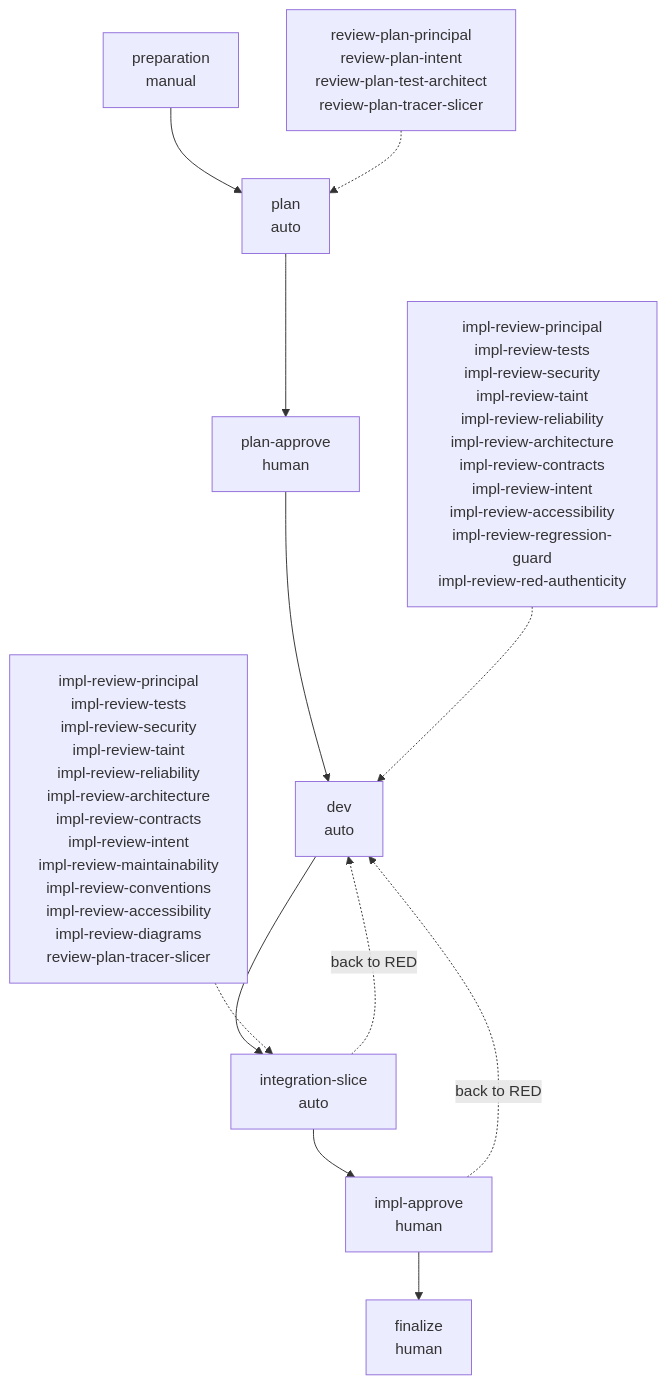
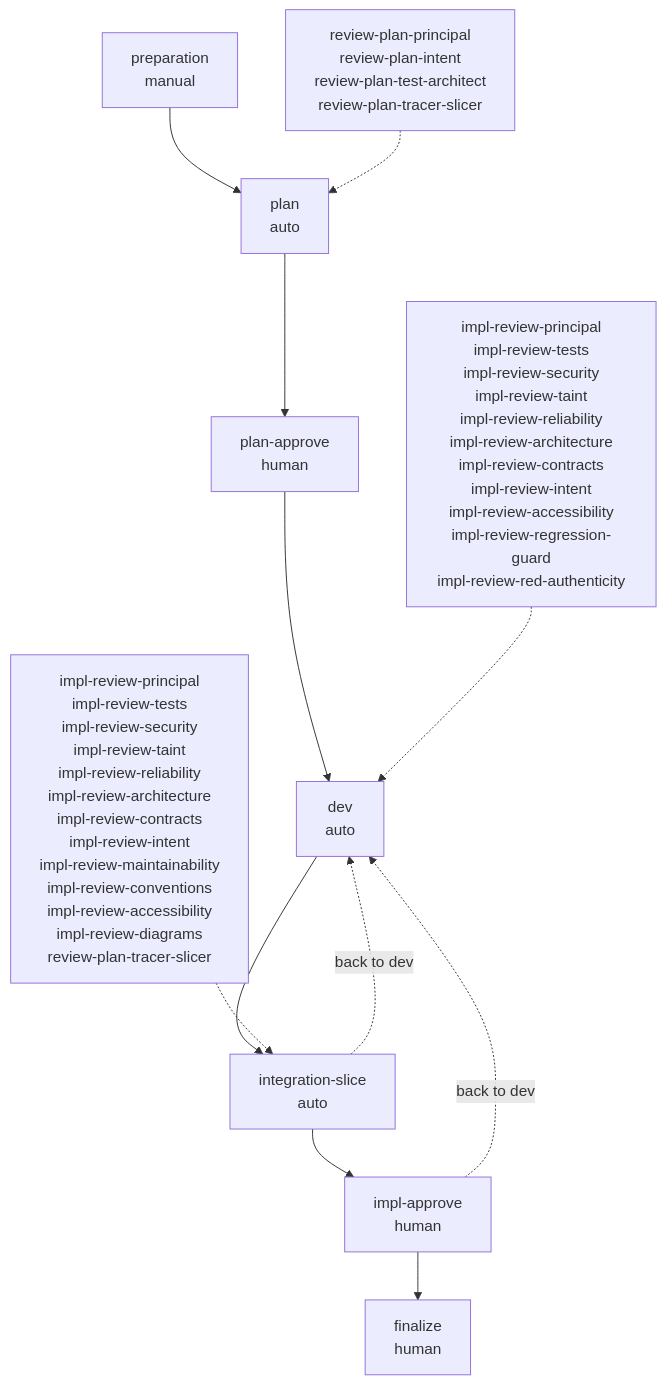
One commit to dylanb/agent-terminal changed the second of 4 diagrams in README.md. Above: the diagram before and after it, drawn with Mermaid. The commit also changed other lines of this file, not shown here.

First line of the commit message:
README: name the back-to-red button as the app labels it, Back to red / Back to dev (#299)

````diff
--- a/README.md
+++ b/README.md
@@ -294,14 +294,14 @@
 ```mermaid
 flowchart TD
   preparation["preparation<br/>manual"] --> plan["plan<br/>auto"]
   plan --> planApprove["plan-approve<br/>human"]
   planApprove --> dev["dev<br/>auto"]
   dev --> integrationSlice["integration-slice<br/>auto"]
   integrationSlice --> implApprove["impl-approve<br/>human"]
   implApprove --> finalize["finalize<br/>human"]
-  integrationSlice -.->|"back to RED"| dev
-  implApprove -.->|"back to RED"| dev
+  integrationSlice -.->|"back to dev"| dev
+  implApprove -.->|"back to dev"| dev
   planR["review-plan-principal<br/>review-plan-intent<br/>review-plan-test-architect<br/>review-plan-tracer-slicer"] -.-> plan
   devR["impl-review-principal<br/>impl-review-tests<br/>impl-review-security<br/>impl-review-taint<br/>impl-review-reliability<br/>impl-review-architecture<br/>impl-review-contracts<br/>impl-review-intent<br/>impl-review-accessibility<br/>impl-review-regression-guard<br/>impl-review-red-authenticity"] -.-> dev
   integR["impl-review-principal<br/>impl-review-tests<br/>impl-review-security<br/>impl-review-taint<br/>impl-review-reliability<br/>impl-review-architecture<br/>impl-review-contracts<br/>impl-review-intent<br/>impl-review-maintainability<br/>impl-review-conventions<br/>impl-review-accessibility<br/>impl-review-diagrams<br/>review-plan-tracer-slicer"] -.-> integrationSlice
 ```
````
